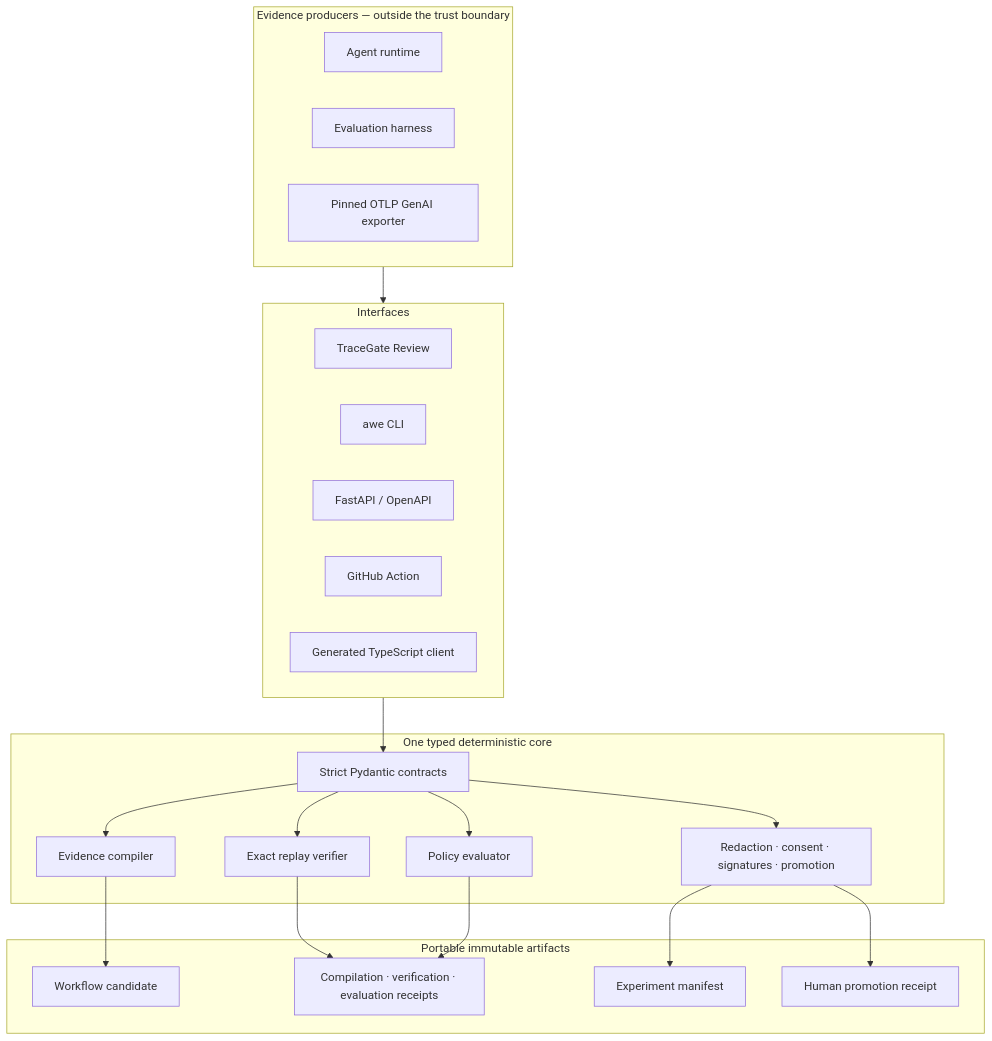
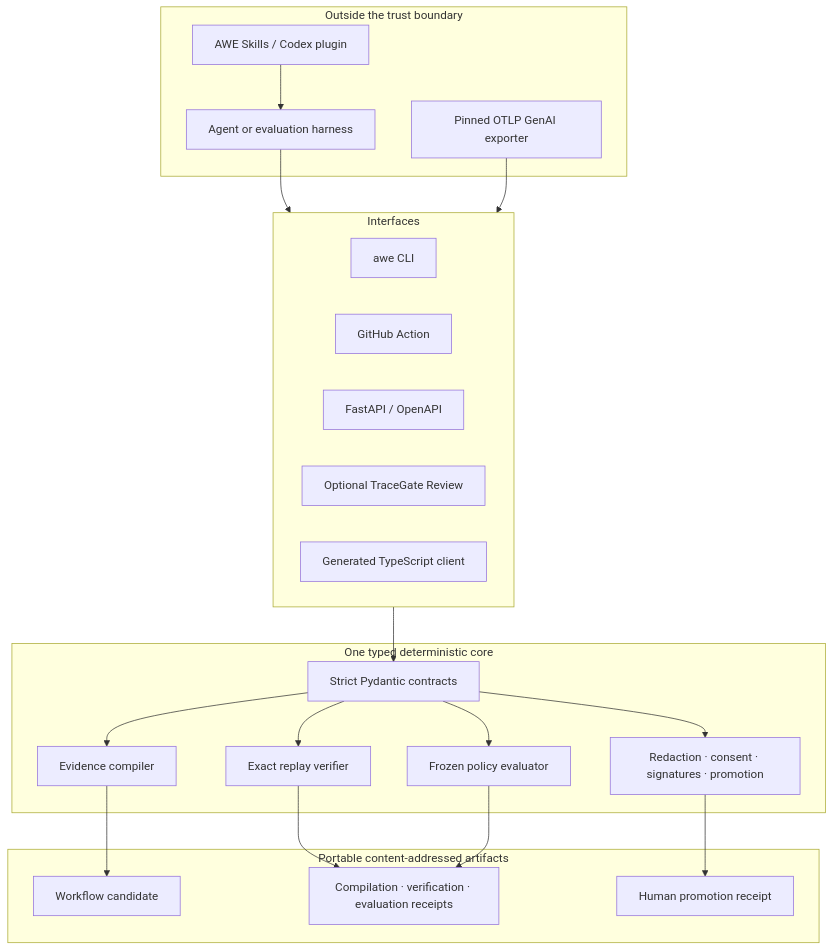
One commit to kingggg5/awe-tracegate changed the second of 2 diagrams in README.md. Above: the diagram before and after it, drawn with Mermaid. The commit also changed other lines of this file and 23 other files, not shown here.

Commit message:
feat: add skill-first TraceGate plugin (#10)

````diff
--- a/README.md
+++ b/README.md
@@ -102,38 +153,37 @@
 ```mermaid
 flowchart TB
-    subgraph Producers["Evidence producers — outside the trust boundary"]
-        Agent["Agent runtime"]
-        Eval["Evaluation harness"]
+    subgraph Producers["Outside the trust boundary"]
+        Skills["AWE Skills / Codex plugin"]
+        Harness["Agent or evaluation harness"]
         OTel["Pinned OTLP GenAI exporter"]
     end
 
     subgraph Interfaces["Interfaces"]
-        UI["TraceGate Review"]
         CLI["awe CLI"]
+        Action["GitHub Action"]
         API["FastAPI / OpenAPI"]
-        Action["GitHub Action"]
+        UI["Optional TraceGate Review"]
         TS["Generated TypeScript client"]
     end
 
     subgraph Core["One typed deterministic core"]
         Contracts["Strict Pydantic contracts"]
         Compiler["Evidence compiler"]
         Verifier["Exact replay verifier"]
-        Evaluator["Policy evaluator"]
+        Evaluator["Frozen policy evaluator"]
         Governance["Redaction · consent · signatures · promotion"]
     end
 
-    subgraph Artifacts["Portable immutable artifacts"]
+    subgraph Artifacts["Portable content-addressed artifacts"]
         Candidate["Workflow candidate"]
         Receipts["Compilation · verification · evaluation receipts"]
-        Manifest["Experiment manifest"]
         Promotion["Human promotion receipt"]
     end
 
-    Producers --> Interfaces --> Contracts
+    Skills --> Harness --> Interfaces
+    OTel --> Interfaces --> Contracts
     Contracts --> Compiler --> Candidate
     Contracts --> Verifier --> Receipts
     Contracts --> Evaluator --> Receipts
-    Contracts --> Governance --> Manifest
-    Governance --> Promotion
+    Contracts --> Governance --> Promotion
 ```
````
